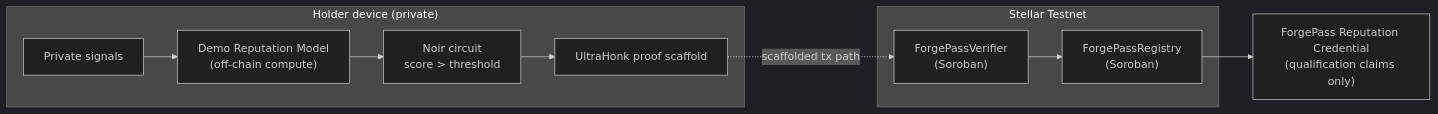
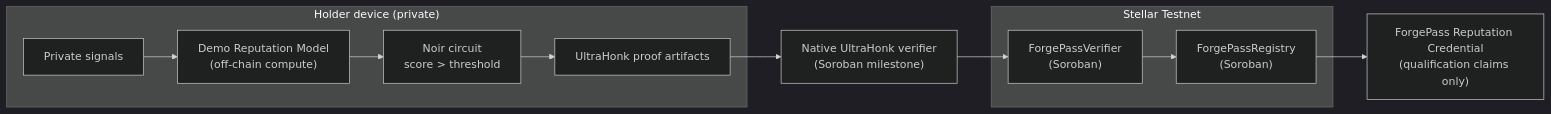
The diagram in README.md (Agozie180/ForgePass), drawn with Mermaid (dark theme) before and after one commit. The commit also changed other lines of this file and 12 other files, not shown here.

Commit message:
Deploy native UltraHonk verifier milestone

````diff
--- a/README.md
+++ b/README.md
@@ -137,13 +144,14 @@
 ```mermaid
 flowchart LR
   subgraph Device["Holder device (private)"]
     D["Private signals"] --> S["Demo Reputation Model<br/>(off-chain compute)"]
     S --> N["Noir circuit<br/>score &gt; threshold"]
-    N --> P["UltraHonk proof scaffold"]
+    N --> P["UltraHonk proof artifacts"]
   end
   subgraph Stellar["Stellar Testnet"]
     V["ForgePassVerifier<br/>(Soroban)"] --> R["ForgePassRegistry<br/>(Soroban)"]
   end
-  P -. scaffolded tx path .-> V
+  P --> U["Native UltraHonk verifier<br/>(Soroban milestone)"]
+  U --> V
   R --> C["ForgePass Reputation Credential<br/>(qualification claims only)"]
 ```
````
